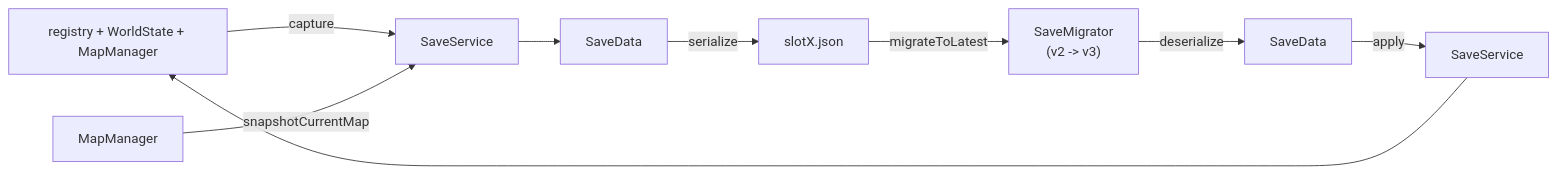
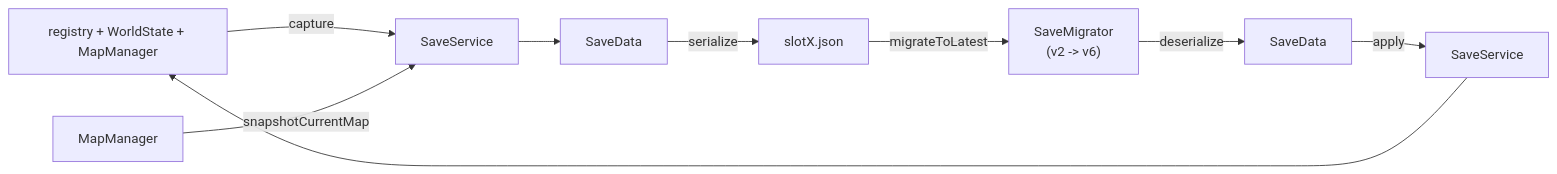
One commit to WispSnow/TinyFarmRPG changed the second of 2 diagrams in docs/game/save_and_flow.md. Above: the diagram before and after it, drawn with Mermaid. The commit also changed other lines of this file and 53 other files, not shown here.

````diff
--- a/docs/game/save_and_flow.md
+++ b/docs/game/save_and_flow.md
@@ -27,16 +27,16 @@
 ```mermaid
 flowchart LR
   %% Save path
   World["registry + WorldState + MapManager"] -->|capture| SaveSvcSave["SaveService"]
   SaveSvcSave --> SaveData["SaveData"]
   SaveData -->|serialize| JSON["slotX.json"]
 
   %% Load path
-  JSON -->|migrateToLatest| Migrator["SaveMigrator\n(v2 -> v3)"]
+  JSON -->|migrateToLatest| Migrator["SaveMigrator<br/>(v2 -> v6)"]
   Migrator -->|deserialize| SaveData2["SaveData"]
   SaveData2 -->|apply| SaveSvcLoad["SaveService"]
   SaveSvcLoad --> World
 
   %% Invariant
   MapMgr["MapManager"] -->|snapshotCurrentMap| SaveSvcSave
 ```
````
